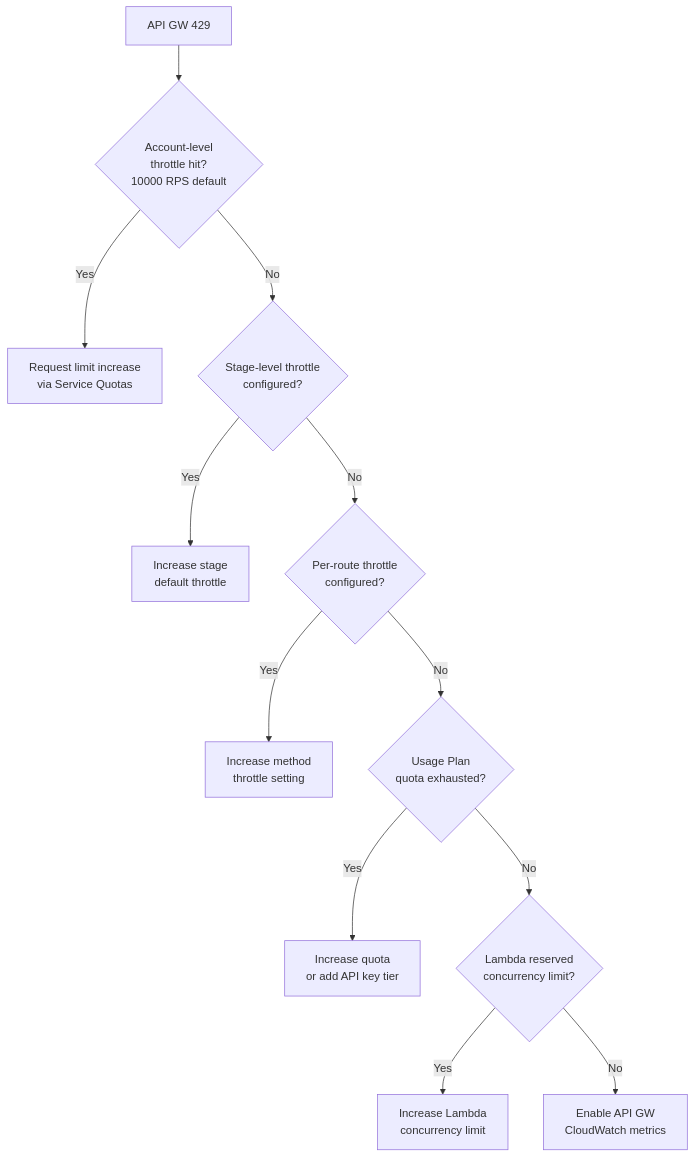
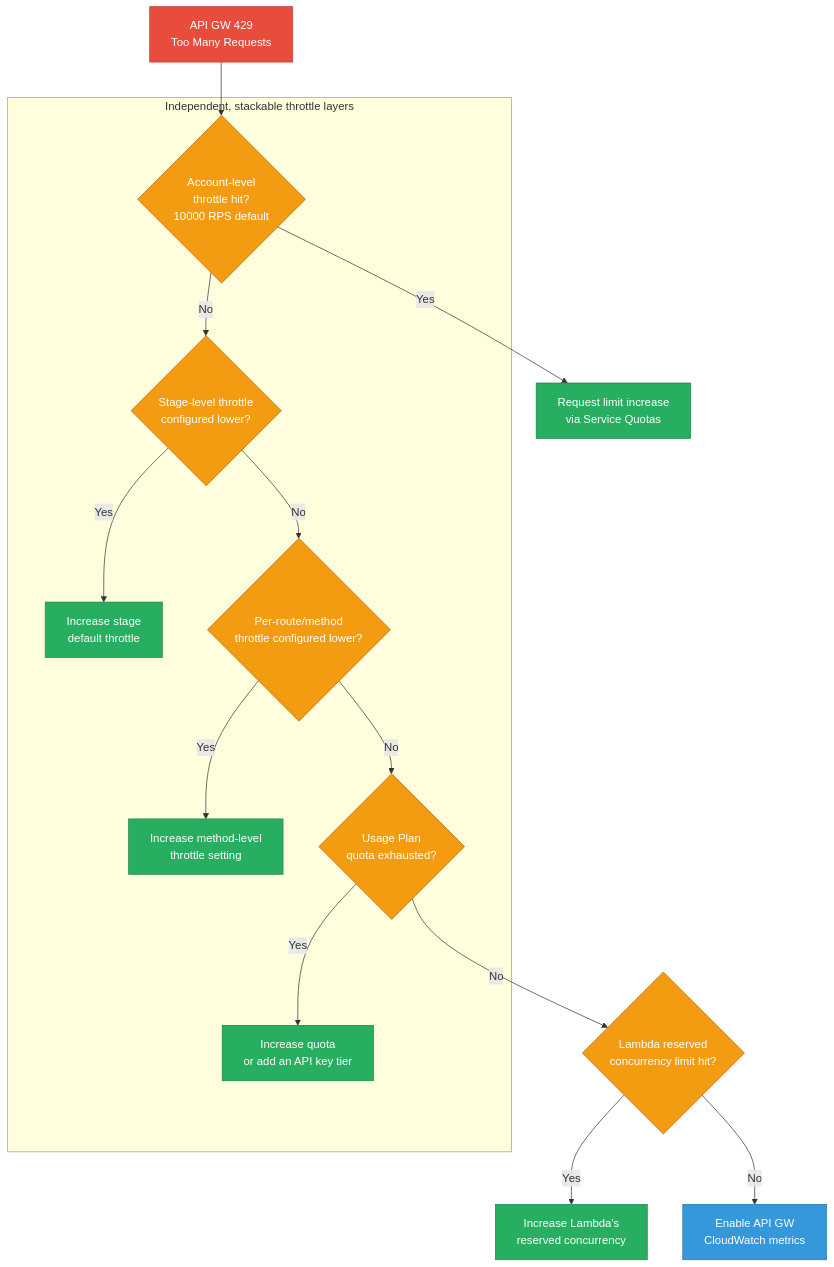
One commit to deepanshu-rawat6/DevOpsIndex changed the eighth of 10 diagrams in sre/aws-scenarios.md. Above: the diagram before and after it, drawn with Mermaid. The commit also changed other lines of this file and 10 other files, not shown here.

````diff
--- a/sre/aws-scenarios.md
+++ b/sre/aws-scenarios.md
@@ -358,14 +599,23 @@
 ```mermaid
 flowchart TD
-    A[API GW 429] --> B{Account-level<br/>throttle hit?<br/>10000 RPS default}
-    B -- Yes --> B1[Request limit increase<br/>via Service Quotas]
-    B -- No --> C{Stage-level throttle<br/>configured?}
-    C -- Yes --> C1[Increase stage<br/>default throttle]
-    C -- No --> D{Per-route throttle<br/>configured?}
-    D -- Yes --> D1[Increase method<br/>throttle setting]
-    D -- No --> E{Usage Plan<br/>quota exhausted?}
-    E -- Yes --> E1[Increase quota<br/>or add API key tier]
-    E -- No --> F{Lambda reserved<br/>concurrency limit?}
-    F -- Yes --> F1[Increase Lambda<br/>concurrency limit]
-    F -- No --> G[Enable API GW<br/>CloudWatch metrics]
+    classDef err fill:#e74c3c,stroke:#c0392b,color:#fff
+    classDef decision fill:#f39c12,stroke:#ba6018,color:#fff
+    classDef fix fill:#27ae60,stroke:#1e8449,color:#fff
+    classDef verify fill:#3498db,stroke:#2471a3,color:#fff
+
+    A[API GW 429<br/>Too Many Requests]:::err --> B{Account-level<br/>throttle hit?<br/>10000 RPS default}:::decision
+    B -- Yes --> B1[Request limit increase<br/>via Service Quotas]:::fix
+
+    subgraph LAYERS["Independent, stackable throttle layers"]
+        B -- No --> C{Stage-level throttle<br/>configured lower?}:::decision
+        C -- Yes --> C1[Increase stage<br/>default throttle]:::fix
+        C -- No --> D{Per-route/method<br/>throttle configured lower?}:::decision
+        D -- Yes --> D1[Increase method-level<br/>throttle setting]:::fix
+        D -- No --> E{Usage Plan<br/>quota exhausted?}:::decision
+        E -- Yes --> E1[Increase quota<br/>or add an API key tier]:::fix
+    end
+
+    E -- No --> F{Lambda reserved<br/>concurrency limit hit?}:::decision
+    F -- Yes --> F1[Increase Lambda's<br/>reserved concurrency]:::fix
+    F -- No --> G[Enable API GW<br/>CloudWatch metrics]:::verify
 ```
````
